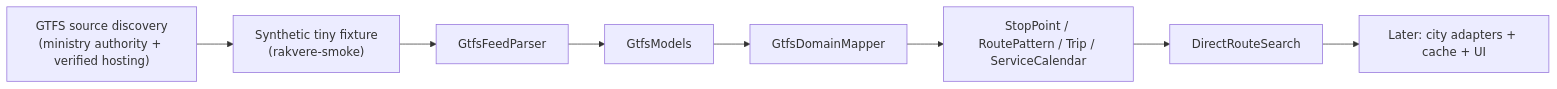
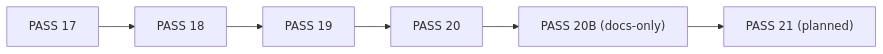
One commit to Fuuduuu/ANDROBUSS changed the first of 5 diagrams in docs/MERMAID_DIAGRAMS.md. Above: the diagram before and after it, drawn with Mermaid. The commit also changed other lines of this file and 12 other files, not shown here.

Commit message:
docs: sync GTFS pipeline architecture diagrams

````diff
--- a/docs/MERMAID_DIAGRAMS.md
+++ b/docs/MERMAID_DIAGRAMS.md
@@ -67,10 +7,8 @@
 ```mermaid
 flowchart LR
-    Source["GTFS source discovery\n(ministry authority + verified hosting)"] --> Fixture["Synthetic tiny fixture\n(rakvere-smoke)"]
-    Fixture --> Parser["GtfsFeedParser"]
-    Parser --> Raw["GtfsModels"]
-    Raw --> Mapper["GtfsDomainMapper"]
-    Mapper --> Domain["StopPoint / RoutePattern / Trip / ServiceCalendar"]
-    Domain --> Direct["DirectRouteSearch"]
-    Direct --> Future["Later: city adapters + cache + UI"]
+    P17["PASS 17"] --> P18["PASS 18"]
+    P18 --> P19["PASS 19"]
+    P19 --> P20["PASS 20"]
+    P20 --> P20B["PASS 20B (docs-only)"]
+    P20B --> P21["PASS 21 (planned)"]
 ```
````
